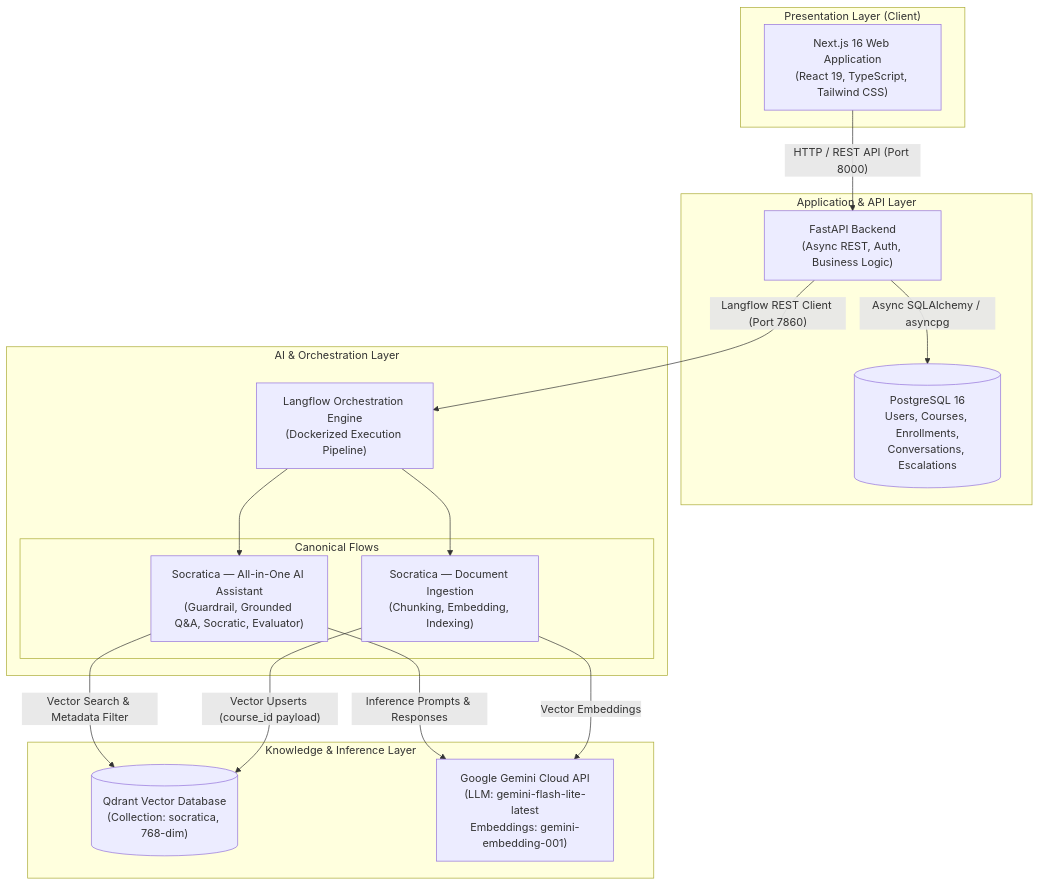
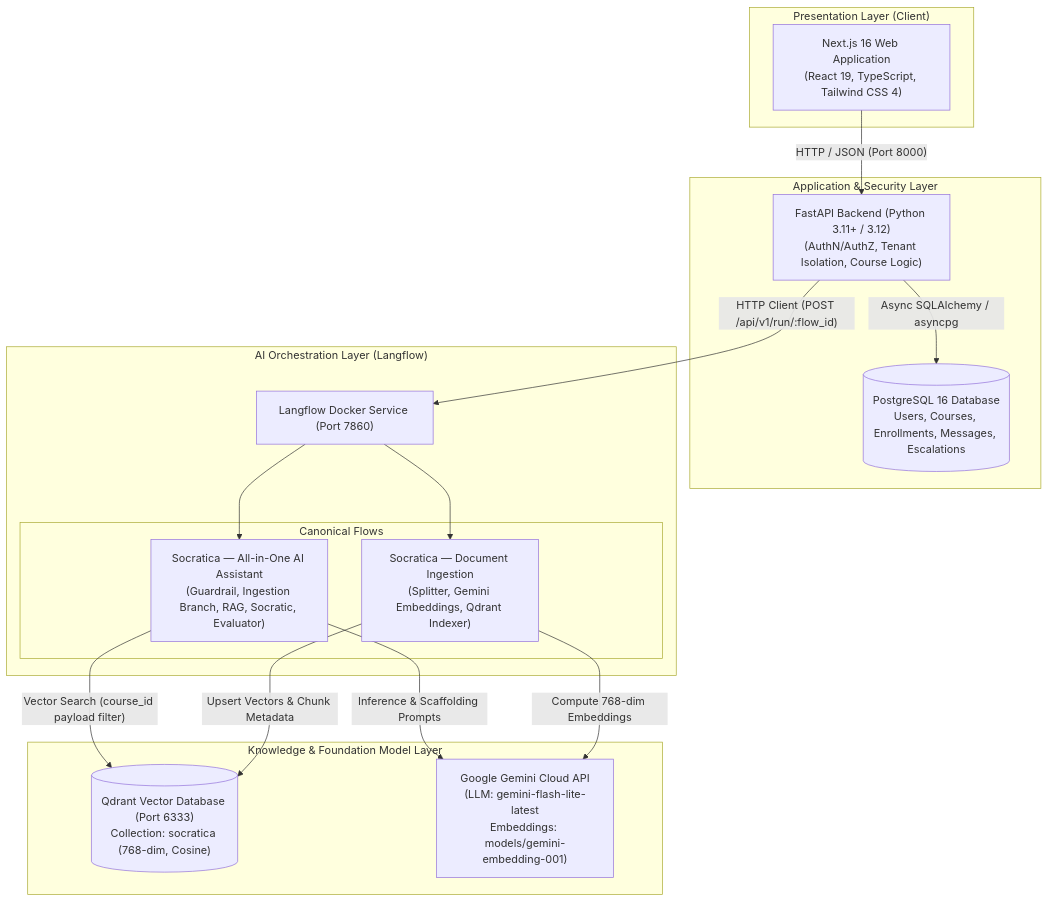
Before and after one commit to ahmadbadawiTzy/Socratica: the second of 3 diagrams in README.md, drawn with Mermaid. The commit also changed other lines of this file, not shown here.

````diff
--- a/README.md
+++ b/README.md
@@ -31,37 +144,37 @@
 ```mermaid
 flowchart TD
-    subgraph Client["Presentation Layer (Client)"]
-        UI["Next.js 16 Web Application<br/>(React 19, TypeScript, Tailwind CSS)"]
+    subgraph PresentationLayer["Presentation Layer (Client)"]
+        UI["Next.js 16 Web Application<br/>(React 19, TypeScript, Tailwind CSS 4)"]
     end
 
-    subgraph BackendGateway["Application & API Layer"]
-        API["FastAPI Backend<br/>(Async REST, Auth, Business Logic)"]
-        DB[("PostgreSQL 16<br/>Users, Courses, Enrollments,<br/>Conversations, Escalations")]
+    subgraph ApplicationLayer["Application & Security Layer"]
+        API["FastAPI Backend (Python 3.11+ / 3.12)<br/>(AuthN/AuthZ, Tenant Isolation, Course Logic)"]
+        DB[("PostgreSQL 16 Database<br/>Users, Courses, Enrollments, Messages, Escalations")]
     end
 
-    subgraph RAGOrchestration["AI & Orchestration Layer"]
-        LF["Langflow Orchestration Engine<br/>(Dockerized Execution Pipeline)"]
+    subgraph OrchestrationLayer["AI Orchestration Layer (Langflow)"]
+        LF["Langflow Docker Service (Port 7860)"]
         
-        subgraph Flows["Canonical Flows"]
-            UnifiedFlow["Socratica — All-in-One AI Assistant<br/>(Guardrail, Grounded Q&A, Socratic, Evaluator)"]
-            IngestionFlow["Socratica — Document Ingestion<br/>(Chunking, Embedding, Indexing)"]
+        subgraph CanonicalFlows["Canonical Flows"]
+            UnifiedFlow["Socratica — All-in-One AI Assistant<br/>(Guardrail, Ingestion Branch, RAG, Socratic, Evaluator)"]
+            IngestionFlow["Socratica — Document Ingestion<br/>(Splitter, Gemini Embeddings, Qdrant Indexer)"]
         end
     end
 
-    subgraph StorageVector["Knowledge & Inference Layer"]
-        Qdrant[("Qdrant Vector Database<br/>(Collection: socratica, 768-dim)")]
-        Gemini["Google Gemini Cloud API<br/>(LLM: gemini-flash-lite-latest<br/>Embeddings: gemini-embedding-001)"]
+    subgraph KnowledgeLayer["Knowledge & Foundation Model Layer"]
+        Qdrant[("Qdrant Vector Database (Port 6333)<br/>Collection: socratica (768-dim, Cosine)")]
+        Gemini["Google Gemini Cloud API<br/>(LLM: gemini-flash-lite-latest<br/>Embeddings: models/gemini-embedding-001)"]
     end
 
-    UI -->|"HTTP / REST API (Port 8000)"| API
+    UI -->|"HTTP / JSON (Port 8000)"| API
     API -->|"Async SQLAlchemy / asyncpg"| DB
-    API -->|"Langflow REST Client (Port 7860)"| LF
+    API -->|"HTTP Client (POST /api/v1/run/:flow_id)"| LF
     LF --> UnifiedFlow
     LF --> IngestionFlow
-    
-    UnifiedFlow -->|"Vector Search & Metadata Filter"| Qdrant
-    UnifiedFlow -->|"Inference Prompts & Responses"| Gemini
-    
-    IngestionFlow -->|"Vector Embeddings"| Gemini
-    IngestionFlow -->|"Vector Upserts (course_id payload)"| Qdrant
+
+    UnifiedFlow -->|"Vector Search (course_id payload filter)"| Qdrant
+    UnifiedFlow -->|"Inference & Scaffolding Prompts"| Gemini
+
+    IngestionFlow -->|"Compute 768-dim Embeddings"| Gemini
+    IngestionFlow -->|"Upsert Vectors & Chunk Metadata"| Qdrant
 ```
````
